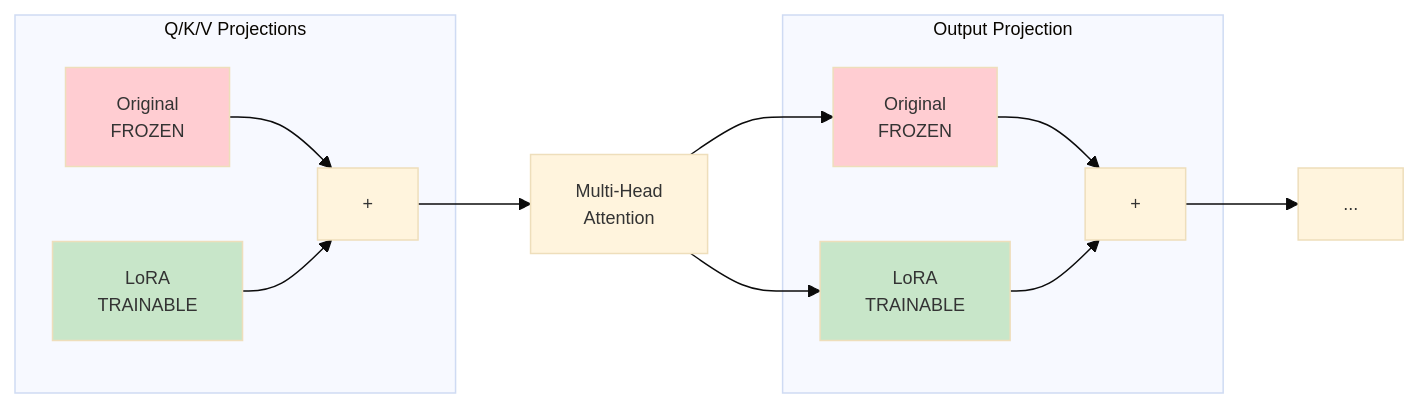
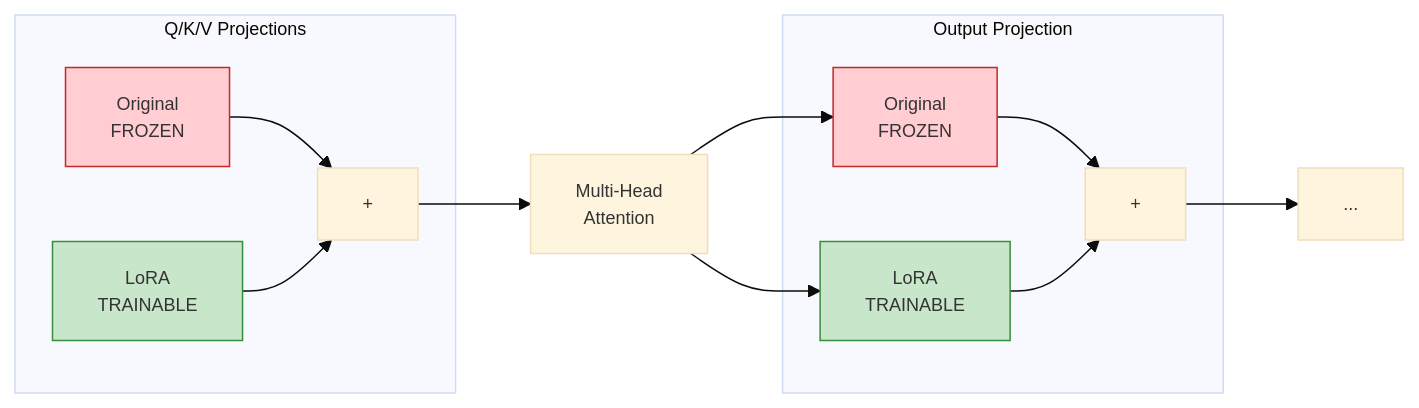
One commit to ZacCarrico/vjepa2 changed the sixth of 8 diagrams in docs/lora_architecture_diagrams.md. Above: the diagram before and after it, drawn with Mermaid. The commit also changed other lines of this file and 1 other file, not shown here.

````diff
--- a/docs/lora_architecture_diagrams.md
+++ b/docs/lora_architecture_diagrams.md
@@ -103,28 +141,28 @@
 ```mermaid
 %%{init: {'theme':'base', 'themeVariables': {'fontSize':'12px'}}}%%
 graph LR
     subgraph "Q/K/V Projections"
         A[Original<br/>FROZEN]
         B[LoRA<br/>TRAINABLE]
         A --> C[+]
         B --> C
     end
 
     C --> D[Multi-Head<br/>Attention]
 
     subgraph "Output Projection"
         E[Original<br/>FROZEN]
         F[LoRA<br/>TRAINABLE]
         E --> G[+]
         F --> G
     end
 
     D --> E
     D --> F
     G --> H[...]
 
-    style A fill:#ffcdd2
-    style E fill:#ffcdd2
-    style B fill:#c8e6c9
-    style F fill:#c8e6c9
+    style A fill:#ffcdd2,stroke:#c62828
+    style E fill:#ffcdd2,stroke:#c62828
+    style B fill:#c8e6c9,stroke:#388e3c
+    style F fill:#c8e6c9,stroke:#388e3c
 ```
````
